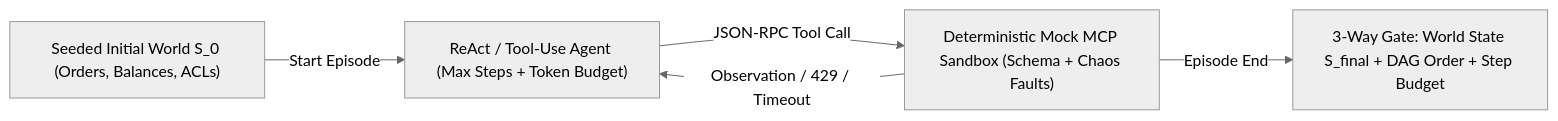
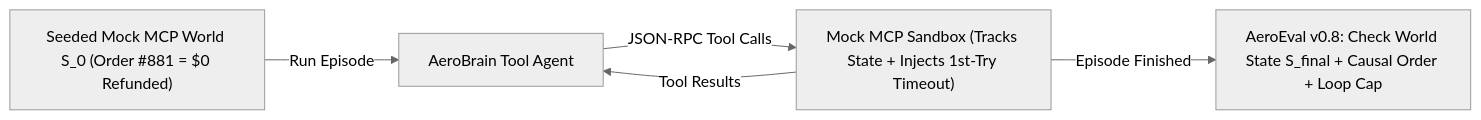
Before and after one commit to manjunathk833/codingforinterviews: the diagram in knowledgebase/06-ai-engineering-qa-focused/08-agent-trajectory-qa-and-mock-mcp-sandboxes.md, drawn with Mermaid (neutral theme). The commit also changed other lines of this file and 55 other files, not shown here.

````diff
--- a/knowledgebase/06-ai-engineering-qa-focused/08-agent-trajectory-qa-and-mock-mcp-sandboxes.md
+++ b/knowledgebase/06-ai-engineering-qa-focused/08-agent-trajectory-qa-and-mock-mcp-sandboxes.md
@@ -67,7 +110,7 @@
 ```mermaid
 flowchart LR
-  Seed["Seeded Initial World S_0 (Orders, Balances, ACLs)"] -->|Start Episode| Agent["ReAct / Tool-Use Agent (Max Steps + Token Budget)"]
-  Agent -->|JSON-RPC Tool Call| MCP["Deterministic Mock MCP Sandbox (Schema + Chaos Faults)"]
-  MCP -->|Observation / 429 / Timeout| Agent
-  MCP -->|Episode End| Assert["3-Way Gate: World State S_final + DAG Order + Step Budget"]
+  Seed["Seeded Mock MCP World S_0 (Order #881 = $0 Refunded)"] -->|Run Episode| Agent["AeroBrain Tool Agent"]
+  Agent -->|JSON-RPC Tool Calls| MCP["Mock MCP Sandbox (Tracks State + Injects 1st-Try Timeout)"]
+  MCP -->|Tool Results| Agent
+  MCP -->|Episode Finished| Gate["AeroEval v0.8: Check World State S_final + Causal Order + Loop Cap"]
 ```
````
